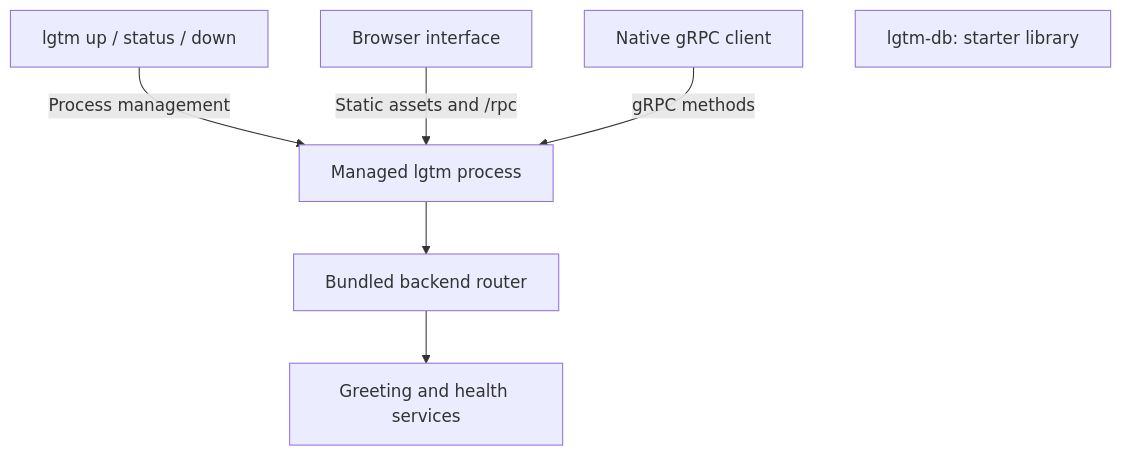
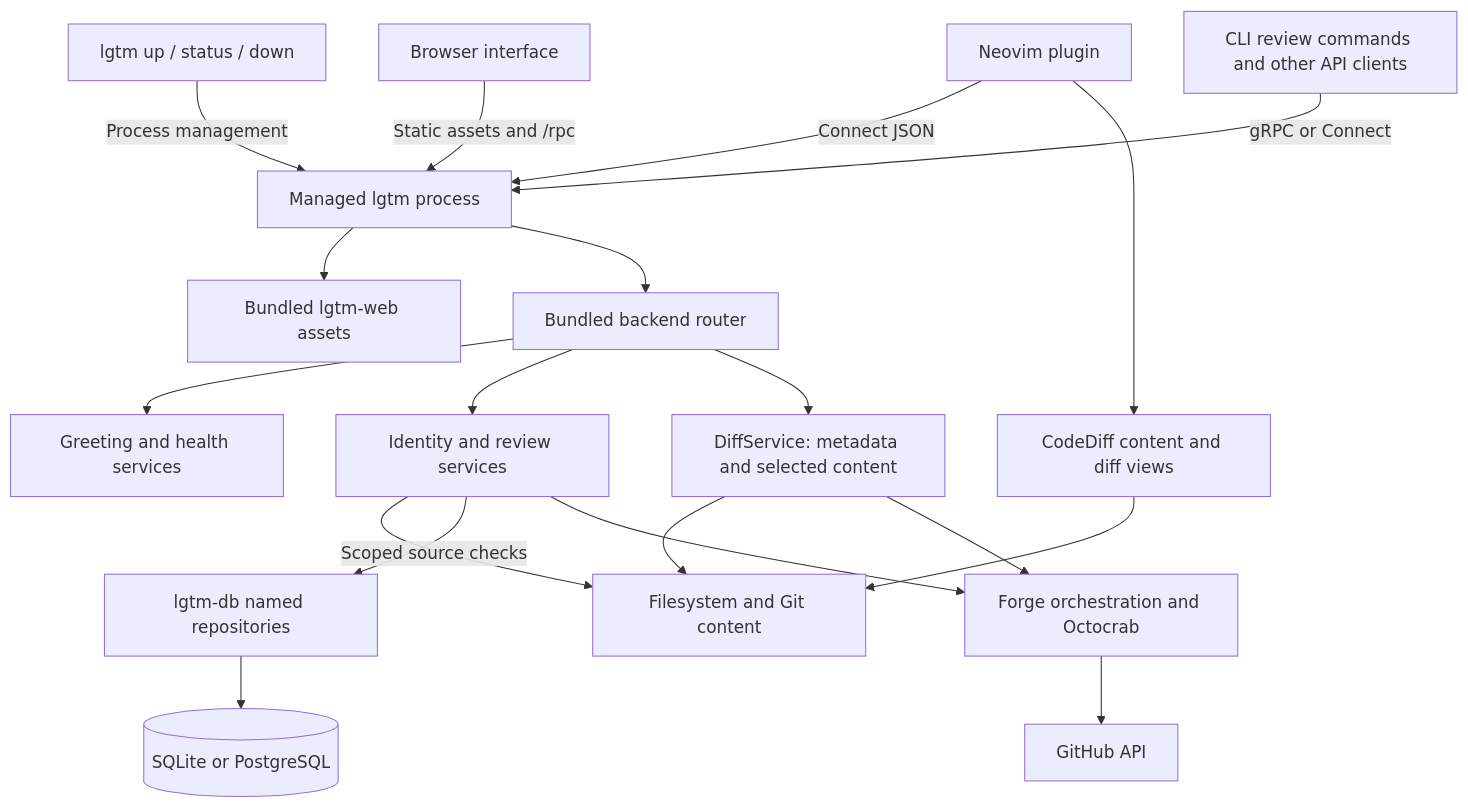
Before and after one commit to difflab-io/lgtm: the first of 11 diagrams in docs/architecture/index.md, drawn with Mermaid. The commit also changed other lines of this file and 132 other files, not shown here.

First line of the commit message:
fix(review): reconcile review contracts and Neovim workflows

````diff
--- a/docs/architecture/index.md
+++ b/docs/architecture/index.md
@@ -38,9 +51,21 @@
 ```mermaid
 flowchart TD
     CLI["lgtm up / status / down"] -->|"Process management"| SERVER["Managed lgtm process"]
     BROWSER["Browser interface"] -->|"Static assets and /rpc"| SERVER
-    NATIVE["Native gRPC client"] -->|"gRPC methods"| SERVER
+    NVIM["Neovim plugin"] -->|"Connect JSON"| SERVER
+    NATIVE["CLI review commands and other API clients"] -->|"gRPC or Connect"| SERVER
+    SERVER --> ASSETS["Bundled lgtm-web assets"]
     SERVER --> BACKEND["Bundled backend router"]
     BACKEND --> HELLO["Greeting and health services"]
-    DB["lgtm-db: starter library"]
+    BACKEND --> REVIEWS["Identity and review services"]
+    REVIEWS -->|"Scoped source checks"| FILES["Filesystem and Git content"]
+    NVIM --> CODEDIFF["CodeDiff content and diff views"]
+    CODEDIFF --> FILES
+    BACKEND --> DIFFS["DiffService: metadata and selected content"]
+    DIFFS --> FILES
+    DIFFS --> FORGE
+    REVIEWS --> DB["lgtm-db named repositories"]
+    DB --> STORAGE[("SQLite or PostgreSQL")]
+    REVIEWS --> FORGE["Forge orchestration and Octocrab"]
+    FORGE --> GITHUB["GitHub API"]
 ```
````
